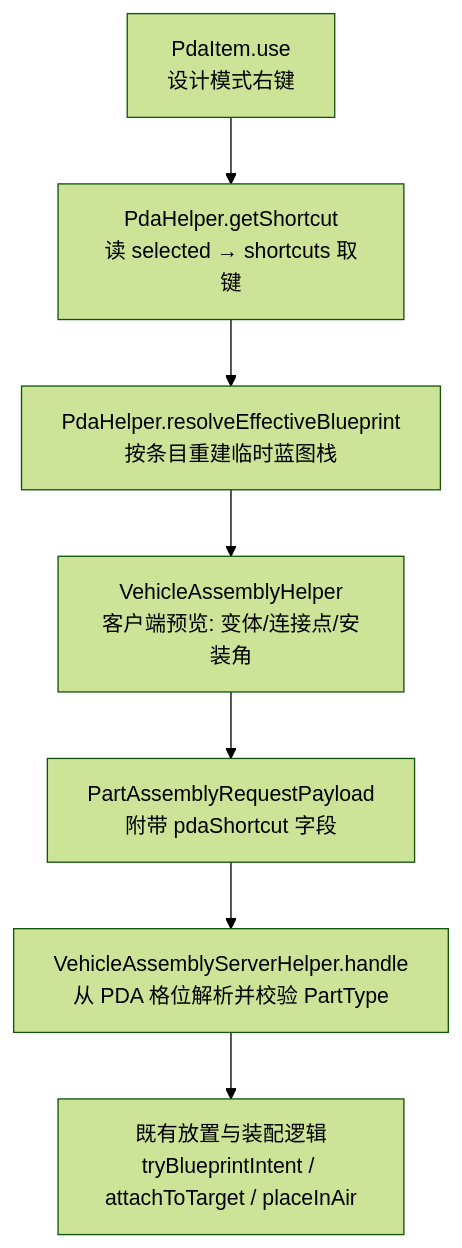
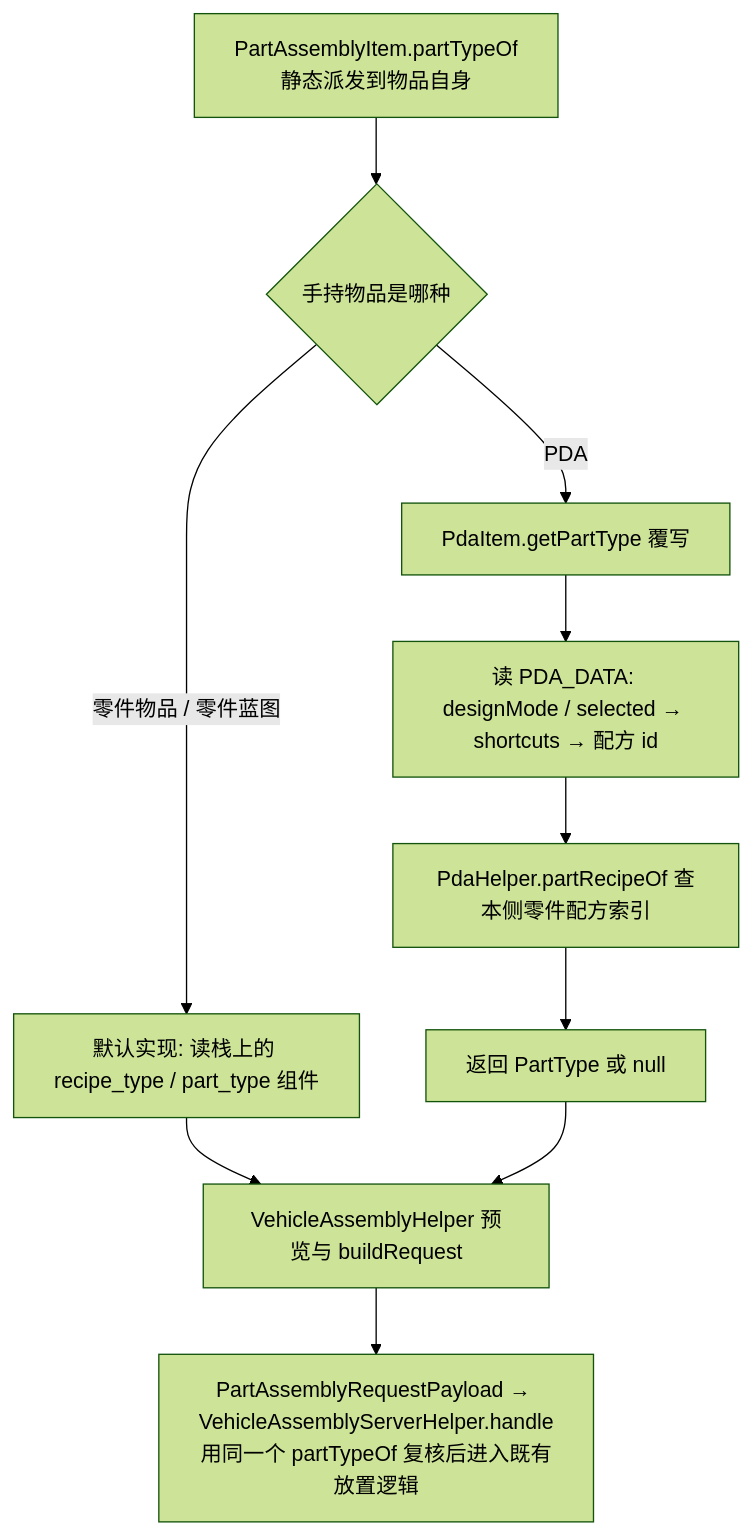
Before and after one commit to Sweetzonzi/Machine-Max: the fifth of 5 diagrams in docs/PDA蓝图终端-详细设计文档.md, drawn with Mermaid (forest theme). The commit also changed other lines of this file and 3 other files, not shown here.

Commit message:
更新 PDA 蓝图终端设计文档与 HUD 原型：条目收敛为配方 id 有序映射，设计模式与格位并入 PDA_DATA 组件，PartAssemblyItem.getPartType 改为可覆写实例方法并新增静态派发 partTypeOf，原型页新增扁平黑底橙竖线的设计模式横幅

````diff
--- a/docs/PDA蓝图终端-详细设计文档.md
+++ b/docs/PDA蓝图终端-详细设计文档.md
@@ -250,9 +297,12 @@
 ```mermaid
 flowchart TB
-    A[PdaItem.use<br/>设计模式右键] --> B[PdaHelper.getShortcut<br/>读 selected → shortcuts 取键]
-    B --> C[PdaHelper.resolveEffectiveBlueprint<br/>按条目重建临时蓝图栈]
-    C --> D[VehicleAssemblyHelper<br/>客户端预览: 变体/连接点/安装角]
-    D --> E[PartAssemblyRequestPayload<br/>附带 pdaShortcut 字段]
-    E --> F[VehicleAssemblyServerHelper.handle<br/>从 PDA 格位解析并校验 PartType]
-    F --> G[既有放置与装配逻辑<br/>tryBlueprintIntent / attachToTarget / placeInAir]
+    A[PartAssemblyItem.partTypeOf<br/>静态派发到物品自身] --> B{手持物品是哪种}
+    B -->|零件物品 / 零件蓝图| C[默认实现: 读栈上的 recipe_type / part_type 组件]
+    B -->|PDA| D[PdaItem.getPartType 覆写]
+    D --> E[读 PDA_DATA: designMode / selected → shortcuts → 配方 id]
+    E --> F[PdaHelper.partRecipeOf 查本侧零件配方索引]
+    F --> G[返回 PartType 或 null]
+    C --> H[VehicleAssemblyHelper 预览与 buildRequest]
+    G --> H
+    H --> I[PartAssemblyRequestPayload → VehicleAssemblyServerHelper.handle<br/>用同一个 partTypeOf 复核后进入既有放置逻辑]
 ```
````
